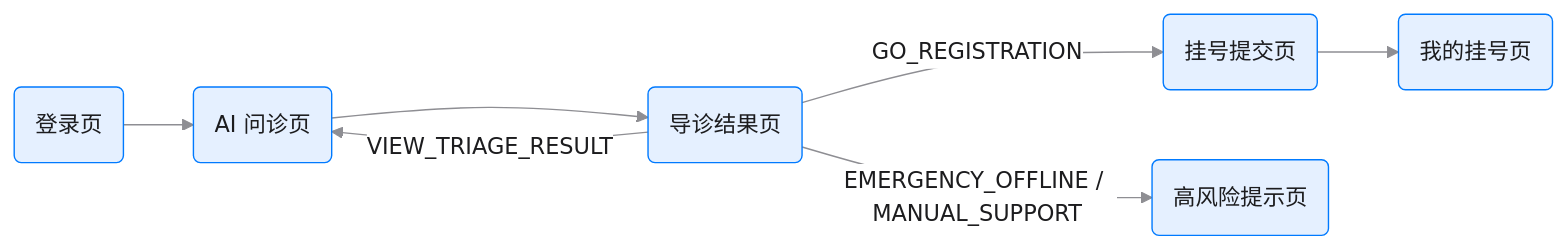
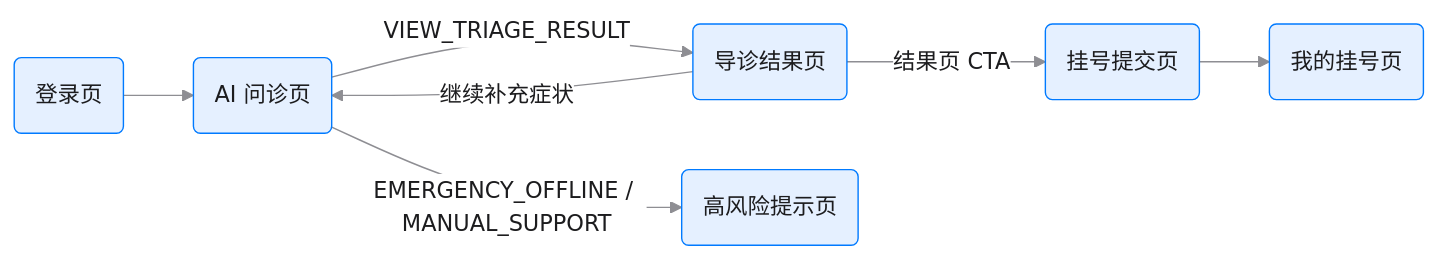
The first of 3 diagrams in playbooks/00F-P0-FRONTEND-PROTOTYPES-AND-FLOWS.md (JianwenShaw/MediAskDocs), drawn with Mermaid before and after one commit. The commit also changed other lines of this file and 16 other files, not shown here.

First line of the commit message:
Refine AI triage lifecycle and result-page contracts

````diff
--- a/playbooks/00F-P0-FRONTEND-PROTOTYPES-AND-FLOWS.md
+++ b/playbooks/00F-P0-FRONTEND-PROTOTYPES-AND-FLOWS.md
@@ -121,10 +121,10 @@
 ```mermaid
 %%{init: {'theme': 'base', 'themeVariables': {'primaryColor': '#E5F0FF', 'primaryTextColor': '#1C1C1E', 'primaryBorderColor': '#007AFF', 'lineColor': '#8E8E93', 'secondaryColor': '#E8F8EE', 'tertiaryColor': '#FFF4E5', 'background': '#FFFFFF', 'mainBkg': '#E5F0FF', 'nodeBorder': '#007AFF', 'clusterBkg': '#F2F2F7', 'clusterBorder': '#8E8E93', 'titleColor': '#1C1C1E', 'edgeLabelBackground': '#FFFFFF'}}}%%
 flowchart LR
     A("登录页") --> B("AI 问诊页")
-    B --> C("导诊结果页")
-    C -->|GO_REGISTRATION| D("挂号提交页")
-    C -->|VIEW_TRIAGE_RESULT| B
-    C -->|EMERGENCY_OFFLINE / MANUAL_SUPPORT| E("高风险提示页")
+    B -->|VIEW_TRIAGE_RESULT| C("导诊结果页")
+    B -->|EMERGENCY_OFFLINE / MANUAL_SUPPORT| E("高风险提示页")
+    C -->|结果页 CTA| D("挂号提交页")
+    C -->|继续补充症状| B
     D --> F("我的挂号页")
 ```
````
